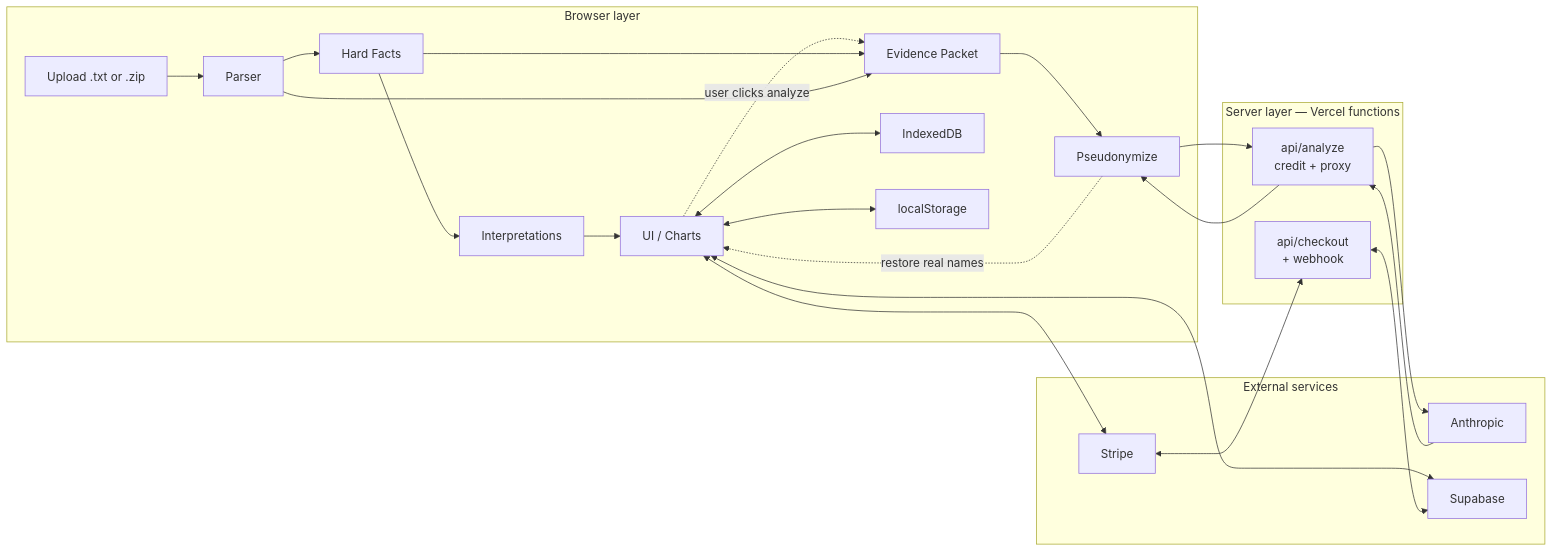
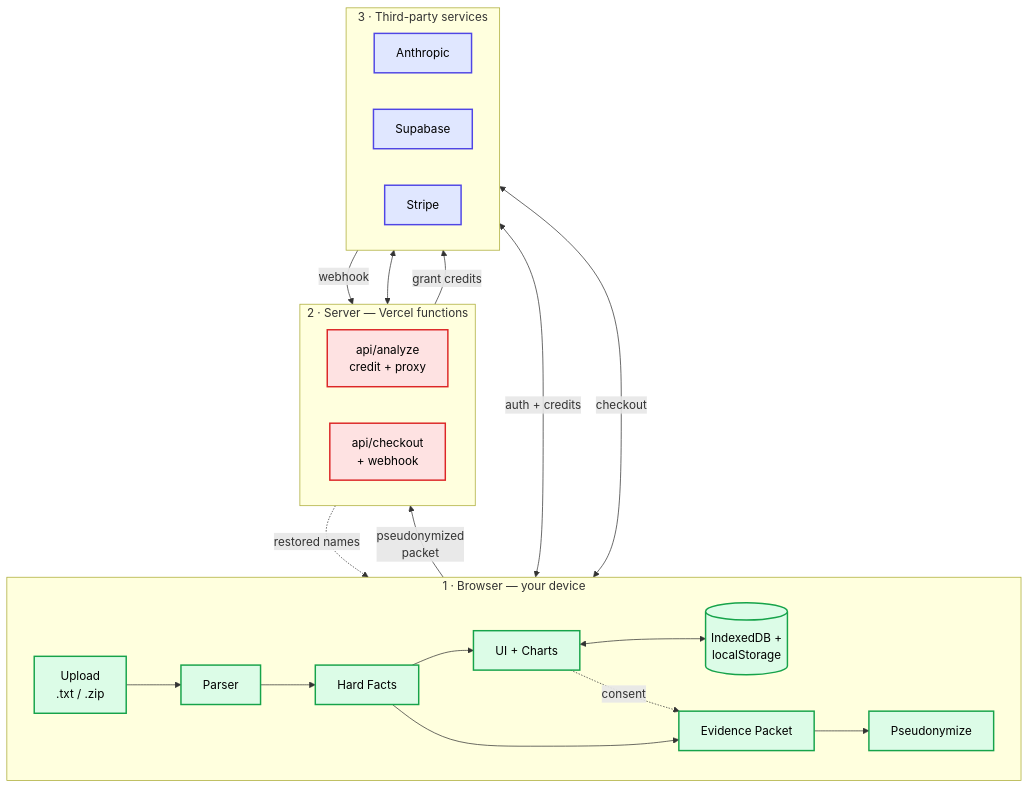
Before and after one commit to Nils43/chat-roentgen: the diagram in docs/Concept.md, drawn with Mermaid.

Commit message:
Concept.md: cleaner architecture diagram
Same three layers, fewer visual crashes. Changes:
- Top-bottom orientation between layers, left-to-right inside each →
  the reading direction matches the flow
- IndexedDB + localStorage merged into one cylinder (the user doesn't
  need to know we use both, just that it's local storage)
- Interpretations node dropped (it's the same render path as UI)
- Edges labeled where the relationship is non-obvious (auth + credits,
  checkout, webhook, grant credits)
- classDef colors actually applied via class assignments
- Subgraphs numbered 1/2/3 so the privacy-zone story reads in order

````diff
--- a/docs/Concept.md
+++ b/docs/Concept.md
@@ -21,43 +21,41 @@
 ```mermaid
-flowchart LR
-    subgraph BR["Browser layer"]
-        UP[Upload .txt or .zip]
-        PA[Parser]
-        HF[Hard Facts]
-        IT[Interpretations]
-        UI["UI / Charts"]
-        EV[Evidence Packet]
-        PS[Pseudonymize]
-        LS[IndexedDB]
-        LSL[localStorage]
+flowchart TB
+    subgraph BR["1 · Browser — your device"]
+        direction LR
+        UP[Upload<br/>.txt / .zip] --> PA[Parser] --> HF[Hard Facts] --> UI[UI + Charts]
+        UI <--> STORE[("IndexedDB +<br/>localStorage")]
+        HF --> EV[Evidence Packet]
+        UI -. consent .-> EV
+        EV --> PS[Pseudonymize]
     end
 
-    subgraph SV["Server layer — Vercel functions"]
+    subgraph SV["2 · Server — Vercel functions"]
+        direction LR
         AX["api/analyze<br/>credit + proxy"]
-        ST["api/checkout<br/>+ webhook"]
+        CK["api/checkout<br/>+ webhook"]
     end
 
-    subgraph EX["External services"]
+    subgraph EX["3 · Third-party services"]
+        direction LR
         AN[Anthropic]
         SU[Supabase]
         SP[Stripe]
     end
 
-    UP --> PA --> HF --> IT --> UI
-    UI -. user clicks analyze .-> EV
-    HF --> EV
-    PA --> EV
-    EV --> PS --> AX --> AN
-    AN --> AX --> PS
-    PS -. restore real names .-> UI
-    UI <--> LS
-    UI <--> LSL
-    UI <--> SU
-    UI <--> SP
-    SP <--> ST
-    ST <--> SU
+    PS -->|pseudonymized<br/>packet| AX
+    AX <--> AN
+    AX -. restored names .-> UI
 
-    classDef br fill:#dcfce7,stroke:#16a34a,color:#000
-    classDef sv fill:#fee2e2,stroke:#dc2626,color:#000
-    classDef ex fill:#e0e7ff,stroke:#4f46e5,color:#000
+    UI <-->|auth + credits| SU
+    UI <-->|checkout| SP
+    SP -->|webhook| CK
+    CK -->|grant credits| SU
+
+    classDef br fill:#dcfce7,stroke:#16a34a,color:#000,stroke-width:2px
+    classDef sv fill:#fee2e2,stroke:#dc2626,color:#000,stroke-width:2px
+    classDef ex fill:#e0e7ff,stroke:#4f46e5,color:#000,stroke-width:2px
+
+    class UP,PA,HF,UI,STORE,EV,PS br
+    class AX,CK sv
+    class AN,SU,SP ex
 ```
````
